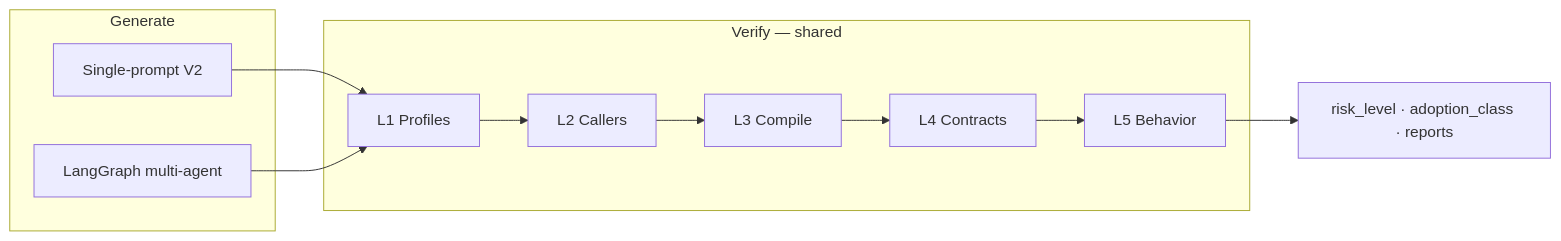
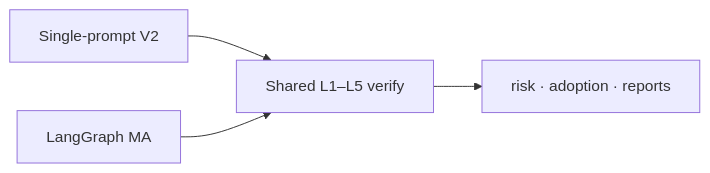
One commit to ResearchAnonymized/RippleRef changed the diagram in README.md. Above: the diagram before and after it, drawn with Mermaid. The commit also changed other lines of this file and 3 other files, not shown here.

First line of the commit message:
Replace tall Mermaid architecture with a clear horizontal diagram.

````diff
--- a/README.md
+++ b/README.md
@@ -73,18 +73,6 @@
 ```mermaid
 flowchart LR
-  subgraph generate [Generate]
-    SP[Single-prompt V2]
-    MA[LangGraph multi-agent]
-  end
-  subgraph verify [Verify — shared]
-    L1[L1 Profiles]
-    L2[L2 Callers]
-    L3[L3 Compile]
-    L4[L4 Contracts]
-    L5[L5 Behavior]
-  end
-  SP --> L1
-  MA --> L1
-  L1 --> L2 --> L3 --> L4 --> L5
-  L5 --> OUT[risk_level · adoption_class · reports]
+  SP[Single-prompt V2] --> V[Shared L1–L5 verify]
+  MA[LangGraph MA] --> V
+  V --> R[risk · adoption · reports]
 ```
````
